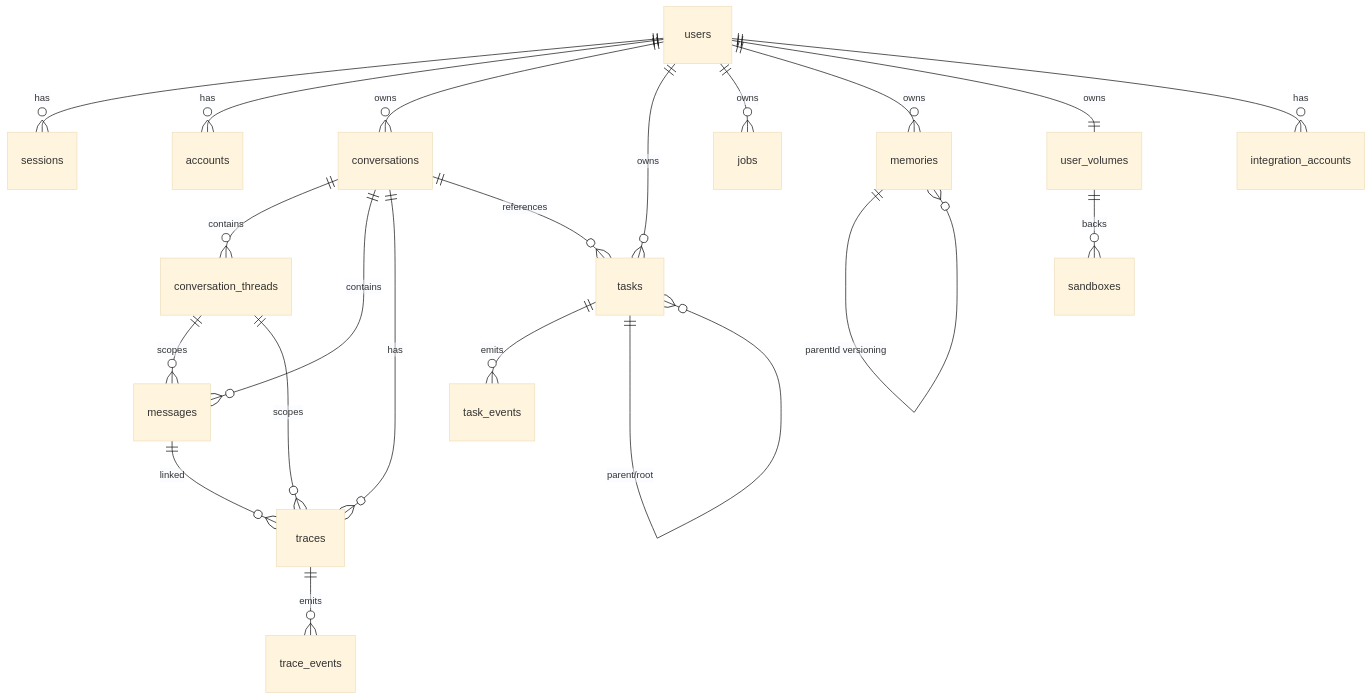
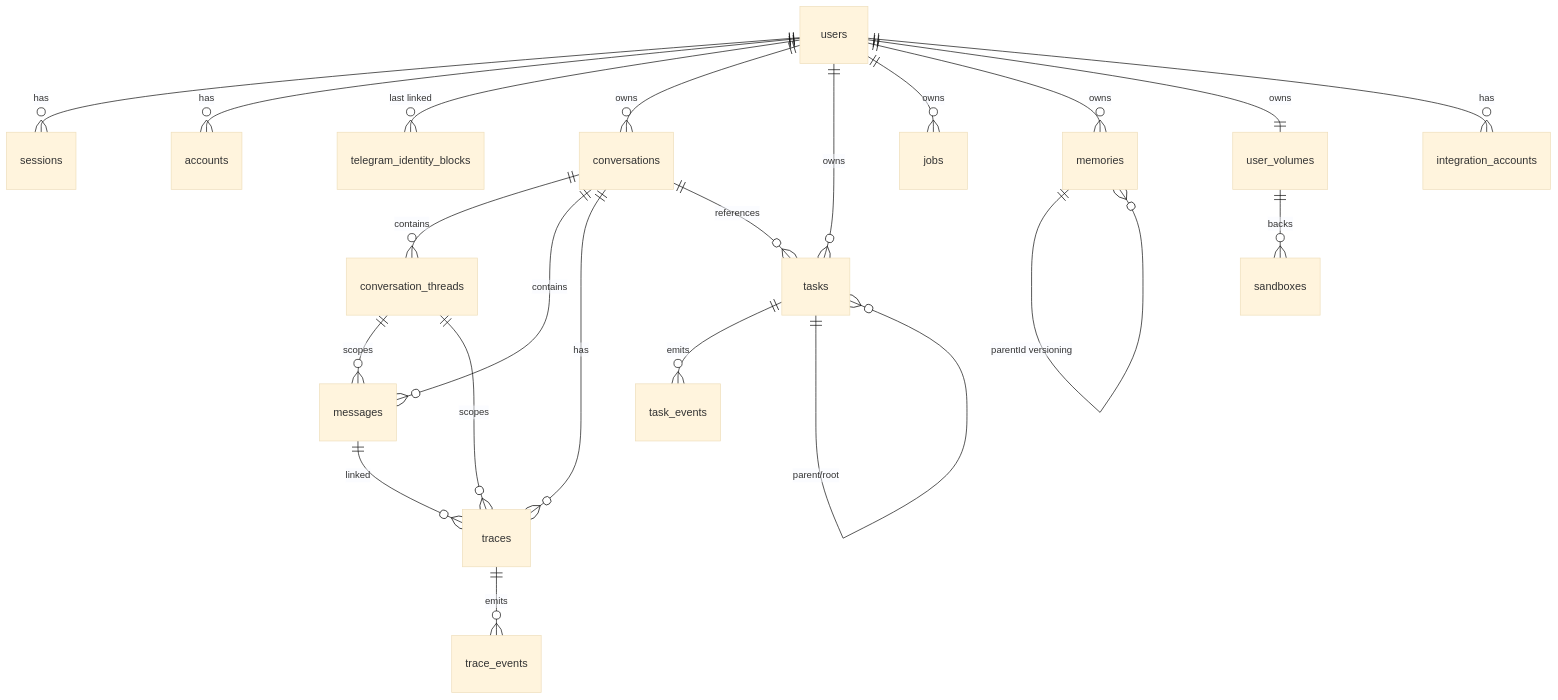
One commit to punitarani/amby changed the diagram in docs/DATA_MODEL.md. Above: the diagram before and after it, drawn with Mermaid (base theme). The commit also changed other lines of this file and 56 other files, not shown here.

````diff
--- a/docs/DATA_MODEL.md
+++ b/docs/DATA_MODEL.md
@@ -16,36 +16,37 @@
 ```mermaid
 erDiagram
     %% Users & Auth
     users ||--o{ sessions : has
     users ||--o{ accounts : has
+    users ||--o{ telegram_identity_blocks : "last linked"
     users ||--o{ conversations : owns
     users ||--o{ tasks : owns
     users ||--o{ jobs : owns
     users ||--o{ memories : owns
     users ||--|| user_volumes : owns
 
     %% Conversations
     conversations ||--o{ conversation_threads : contains
     conversations ||--o{ messages : contains
     conversations ||--o{ traces : has
     conversations ||--o{ tasks : references
     conversation_threads ||--o{ messages : scopes
     conversation_threads ||--o{ traces : scopes
 
     %% Execution
     messages ||--o{ traces : linked
     traces ||--o{ trace_events : emits
 
     %% Tasks
     tasks ||--o{ task_events : emits
     tasks ||--o{ tasks : "parent/root"
 
     %% Compute
     user_volumes ||--o{ sandboxes : backs
 
     %% Memories
     memories ||--o{ memories : "parentId versioning"
 
     %% Integrations
     users ||--o{ integration_accounts : has
 ```
````
